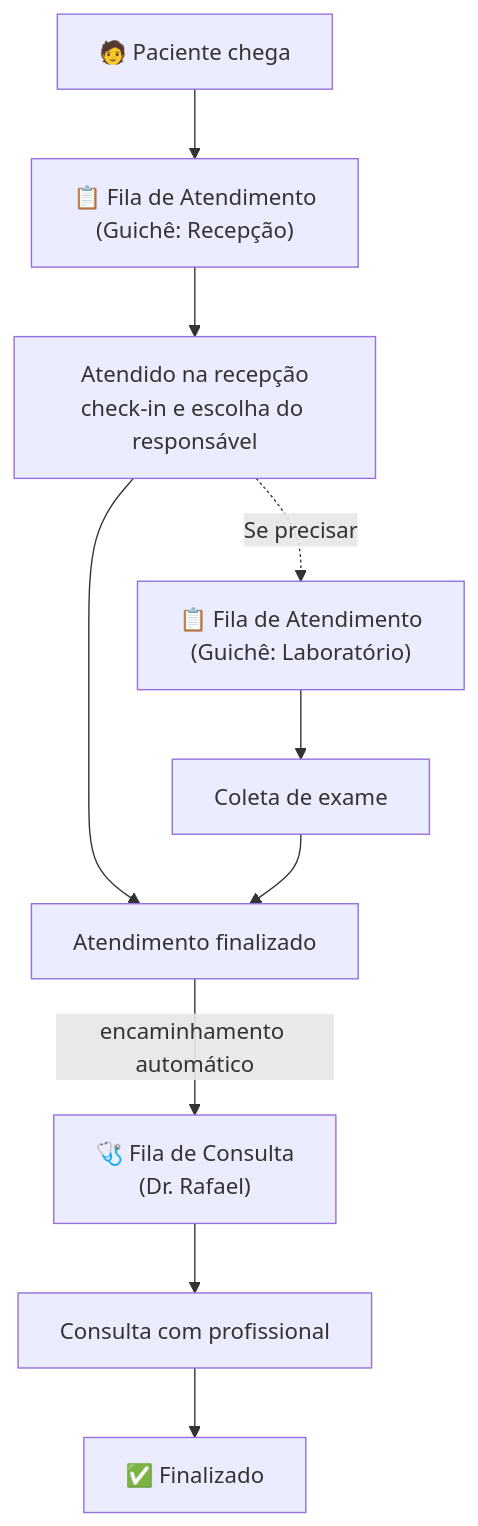
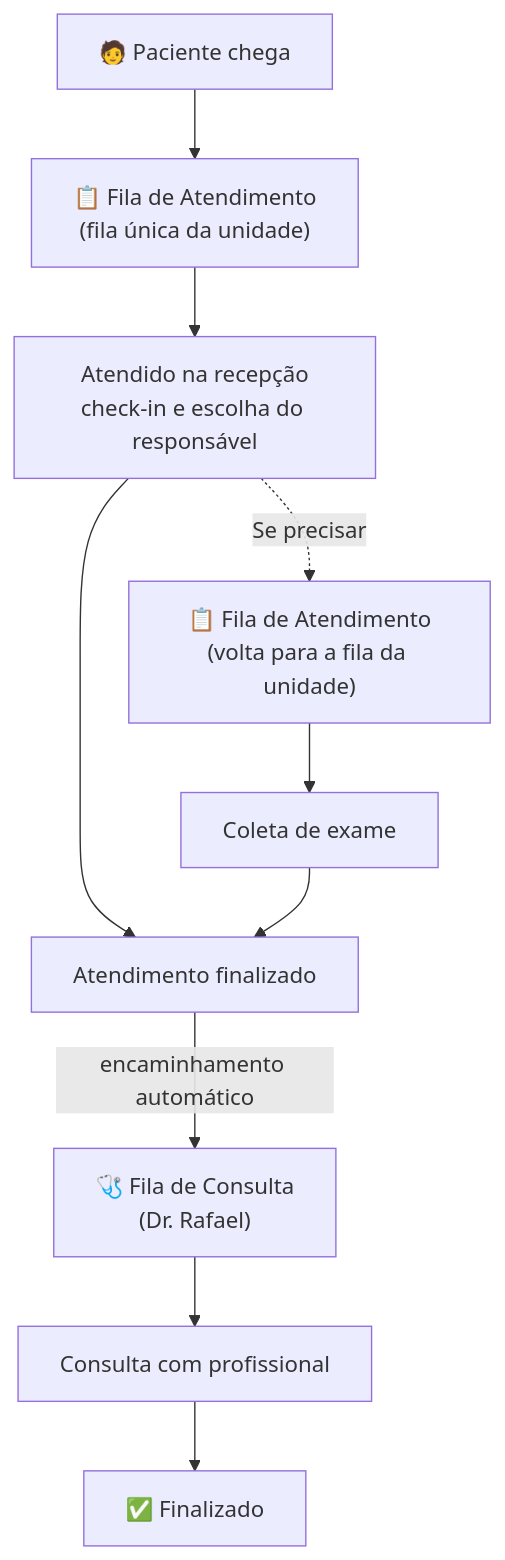
One commit to aguardai/aguard.ai-web-app changed the third of 4 diagrams in entregas/entrega-02.md. Above: the diagram before and after it, drawn with Mermaid. The commit also changed other lines of this file and 46 other files, not shown here.

````diff
--- a/entregas/entrega-02.md
+++ b/entregas/entrega-02.md
@@ -370,13 +375,13 @@
 ```mermaid
 flowchart TD
-    PAC["🧑 Paciente chega"] --> FILA1["📋 Fila de Atendimento<br/>(Guichê: Recepção)"]
+    PAC["🧑 Paciente chega"] --> FILA1["📋 Fila de Atendimento<br/>(fila única da unidade)"]
     FILA1 --> RECEP["Atendido na recepção<br/>check-in e escolha do responsável"]
     RECEP --> FIM1["Atendimento finalizado"]
     FIM1 -->|"encaminhamento automático"| FILA2["🩺 Fila de Consulta<br/>(Dr. Rafael)"]
     FILA2 --> CONSULTA["Consulta com profissional"]
     CONSULTA --> FIM["✅ Finalizado"]
 
-    RECEP -.->|"Se precisar"| FILA_LAB["📋 Fila de Atendimento<br/>(Guichê: Laboratório)"]
+    RECEP -.->|"Se precisar"| FILA_LAB["📋 Fila de Atendimento<br/>(volta para a fila da unidade)"]
     FILA_LAB --> COLETA["Coleta de exame"]
     COLETA --> FIM1
 ```
````
